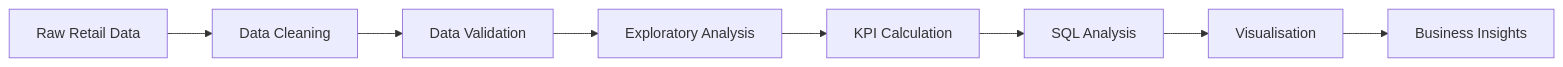
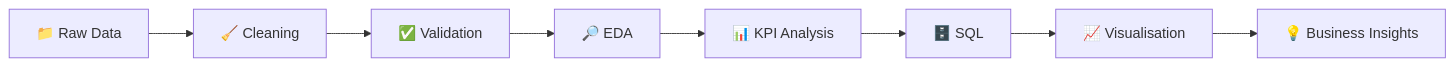
The diagram in README.md (tasnem-tech/uk-retail-sales-analysis), drawn with Mermaid before and after one commit. The commit also changed other lines of this file, not shown here.

````diff
--- a/README.md
+++ b/README.md
@@ -119,10 +167,10 @@
 ```mermaid
 flowchart LR
-    A[Raw Retail Data] --> B[Data Cleaning]
-    B --> C[Data Validation]
-    C --> D[Exploratory Analysis]
-    D --> E[KPI Calculation]
-    E --> F[SQL Analysis]
-    F --> G[Visualisation]
-    G --> H[Business Insights]
+    A["📁 Raw Data"] --> B["🧹 Cleaning"]
+    B --> C["✅ Validation"]
+    C --> D["🔎 EDA"]
+    D --> E["📊 KPI Analysis"]
+    E --> F["🗄️ SQL"]
+    F --> G["📈 Visualisation"]
+    G --> H["💡 Business Insights"]
 ```
````
